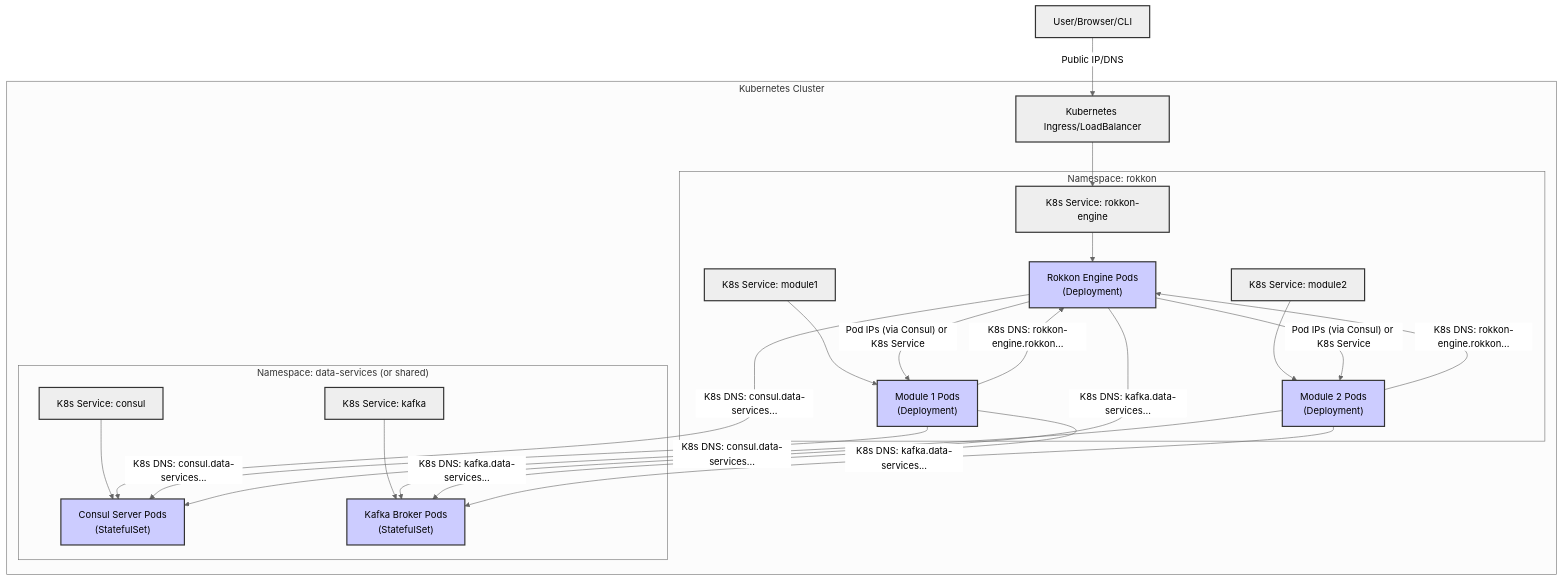
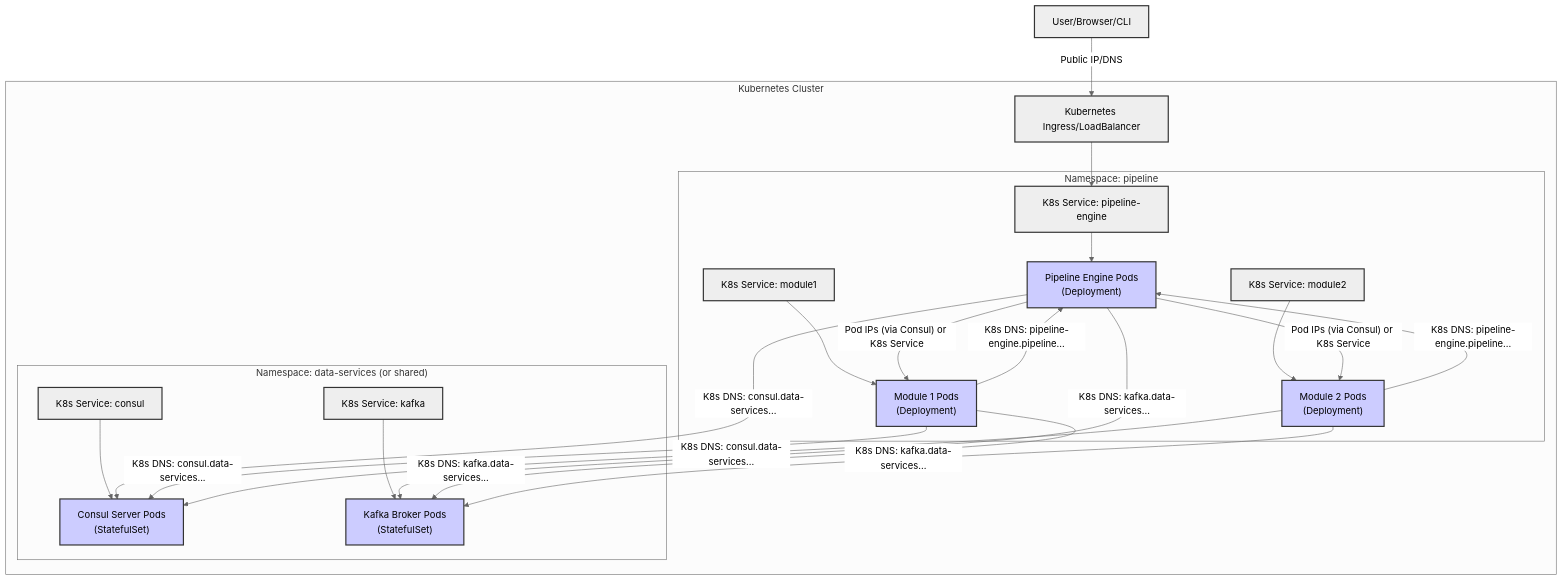
Before and after one commit to krickert/rokkon: the third of 3 diagrams in ARCHITECTURE/Network_topology.md, drawn with Mermaid (neutral theme). The commit also changed other lines of this file and 75 other files, not shown here.

````diff
--- a/ARCHITECTURE/Network_topology.md
+++ b/ARCHITECTURE/Network_topology.md
@@ -144,45 +144,45 @@
 ```mermaid
 graph TD
     subgraph "Kubernetes Cluster"
-        subgraph "Namespace: rokkon"
-            RokkonEngineService[K8s Service: rokkon-engine] --> RokkonEnginePods["Rokkon Engine Pods <br> (Deployment)"]
+        subgraph "Namespace: pipeline"
+            PipelineEngineService[K8s Service: pipeline-engine] --> PipelineEnginePods["Pipeline Engine Pods <br> (Deployment)"]
             Module1Service[K8s Service: module1] --> Module1Pods["Module 1 Pods <br> (Deployment)"]
             Module2Service[K8s Service: module2] --> Module2Pods["Module 2 Pods <br> (Deployment)"]
         end
         subgraph "Namespace: data-services (or shared)"
             ConsulService[K8s Service: consul] --> ConsulPods["Consul Server Pods <br> (StatefulSet)"]
             KafkaService[K8s Service: kafka] --> KafkaPods["Kafka Broker Pods <br> (StatefulSet)"]
         end
 
-        RokkonEnginePods -- "K8s DNS: consul.data-services..." --> ConsulPods
-        RokkonEnginePods -- "K8s DNS: kafka.data-services..." --> KafkaPods
+        PipelineEnginePods -- "K8s DNS: consul.data-services..." --> ConsulPods
+        PipelineEnginePods -- "K8s DNS: kafka.data-services..." --> KafkaPods
 
     %% Module registration to Engine
-        Module1Pods -- "K8s DNS: rokkon-engine.rokkon..." --> RokkonEnginePods
-        Module2Pods -- "K8s DNS: rokkon-engine.rokkon..." --> RokkonEnginePods
+        Module1Pods -- "K8s DNS: pipeline-engine.pipeline..." --> PipelineEnginePods
+        Module2Pods -- "K8s DNS: pipeline-engine.pipeline..." --> PipelineEnginePods
 
     %% Engine to Module communication (via Consul discovered Pod IPs or K8s Service for module type)
-        RokkonEnginePods -- "Pod IPs (via Consul) or K8s Service" --> Module1Pods
-        RokkonEnginePods -- "Pod IPs (via Consul) or K8s Service" --> Module2Pods
+        PipelineEnginePods -- "Pod IPs (via Consul) or K8s Service" --> Module1Pods
+        PipelineEnginePods -- "Pod IPs (via Consul) or K8s Service" --> Module2Pods
 
     %% Modules to Consul/Kafka
         Module1Pods -- "K8s DNS: consul.data-services..." --> ConsulPods
         Module1Pods -- "K8s DNS: kafka.data-services..." --> KafkaPods
         Module2Pods -- "K8s DNS: consul.data-services..." --> ConsulPods
         Module2Pods -- "K8s DNS: kafka.data-services..." --> KafkaPods
 
     %% External Access
-        Ingress[Kubernetes Ingress/LoadBalancer] --> RokkonEngineService
+        Ingress[Kubernetes Ingress/LoadBalancer] --> PipelineEngineService
     end
 
     User[User/Browser/CLI] -- "Public IP/DNS" --> Ingress
 
     classDef k8sService fill:#lightblue,stroke:#333,stroke-width:2px;
     classDef k8sPods fill:#ccf,stroke:#333,stroke-width:2px;
     classDef external fill:#lightgrey,stroke:#333,stroke-width:2px;
 
-    class RokkonEngineService,Module1Service,Module2Service,ConsulService,KafkaService k8sService;
-    class RokkonEnginePods,Module1Pods,Module2Pods,ConsulPods,KafkaPods k8sPods;
+    class PipelineEngineService,Module1Service,Module2Service,ConsulService,KafkaService k8sService;
+    class PipelineEnginePods,Module1Pods,Module2Pods,ConsulPods,KafkaPods k8sPods;
     class Ingress,User external;
 
 ```
````
